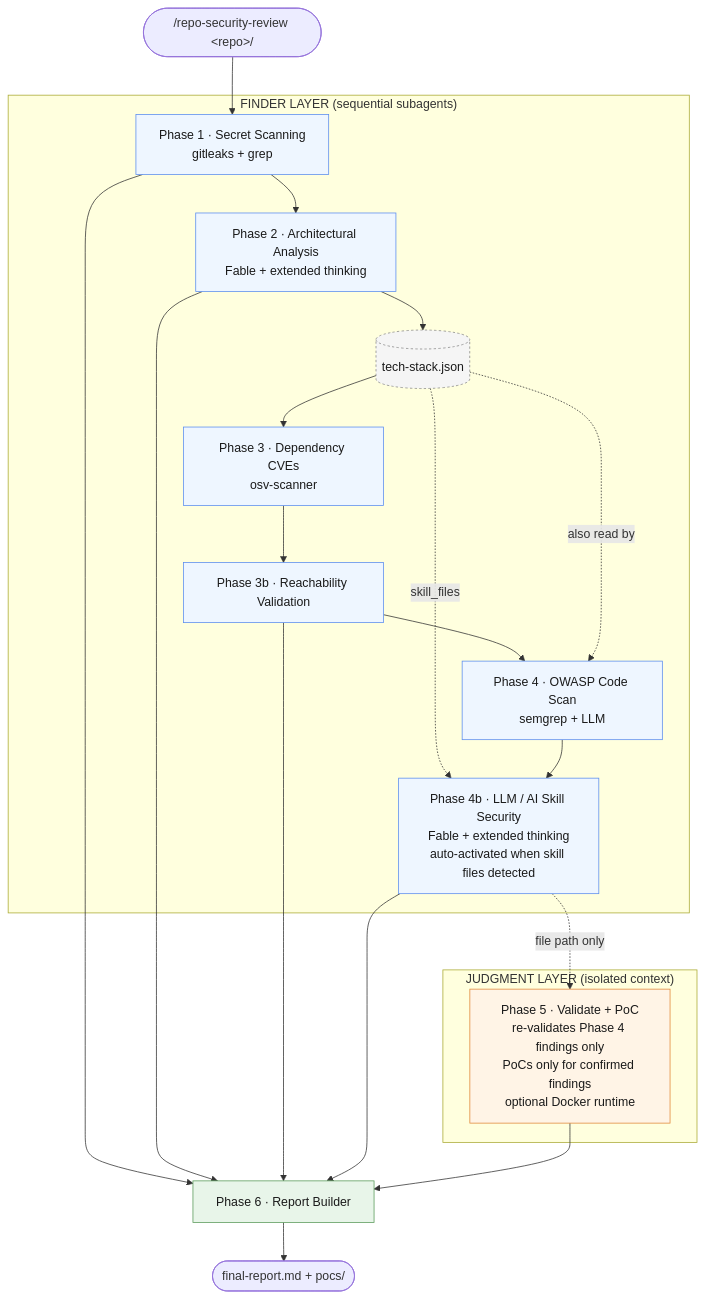
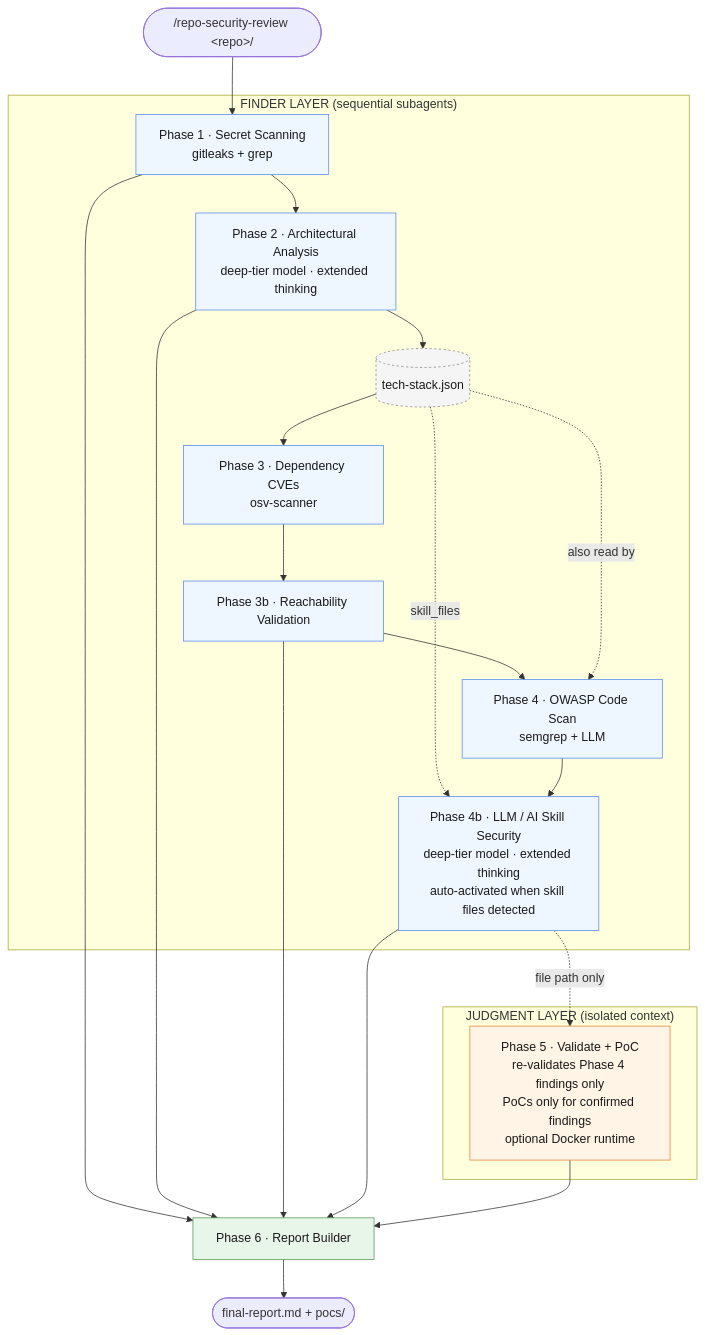
Before and after one commit to Consensys/repo-security-review: the diagram in README.md, drawn with Mermaid.

````diff
--- a/README.md
+++ b/README.md
@@ -136,45 +136,45 @@
 ```mermaid
 flowchart TD
     Start([/repo-security-review &lt;repo&gt;/]) --> P1
 
     subgraph FINDER["FINDER LAYER (sequential subagents)"]
         P1[Phase 1 · Secret Scanning<br/>gitleaks + grep]
-        P2[Phase 2 · Architectural Analysis<br/>Fable + extended thinking]
+        P2[Phase 2 · Architectural Analysis<br/>deep-tier model · extended thinking]
         TS[(tech-stack.json)]
         P3[Phase 3 · Dependency CVEs<br/>osv-scanner]
         P3b[Phase 3b · Reachability Validation]
         P4[Phase 4 · OWASP Code Scan<br/>semgrep + LLM]
-        P4b[Phase 4b · LLM / AI Skill Security<br/>Fable + extended thinking<br/>auto-activated when skill files detected]
+        P4b[Phase 4b · LLM / AI Skill Security<br/>deep-tier model · extended thinking<br/>auto-activated when skill files detected]
 
         P1 --> P2
         P2 --> TS
         TS --> P3
         P3 --> P3b
         P3b --> P4
         TS -. also read by .-> P4
         TS -. skill_files .-> P4b
         P4 --> P4b
     end
 
     P4b -. file path only .-> P5
 
     subgraph JUDGMENT["JUDGMENT LAYER (isolated context)"]
         P5[Phase 5 · Validate + PoC<br/>re-validates Phase 4 findings only<br/>PoCs only for confirmed findings<br/>optional Docker runtime]
     end
 
     P1 --> R[Phase 6 · Report Builder]
     P2 --> R
     P3b --> R
     P4b --> R
     P5 --> R
     R --> Out([final-report.md + pocs/])
 
     classDef finder fill:#eef6ff,stroke:#5b8def,color:#1a1a1a
     classDef judgment fill:#fff4e6,stroke:#e0883a,color:#1a1a1a
     classDef report fill:#e8f5e9,stroke:#5a9a5a,color:#1a1a1a
     classDef store fill:#f5f5f5,stroke:#888,color:#1a1a1a,stroke-dasharray: 3 3
     class P1,P2,P3,P3b,P4,P4b finder
     class P5 judgment
     class R report
     class TS store
 ```
````
